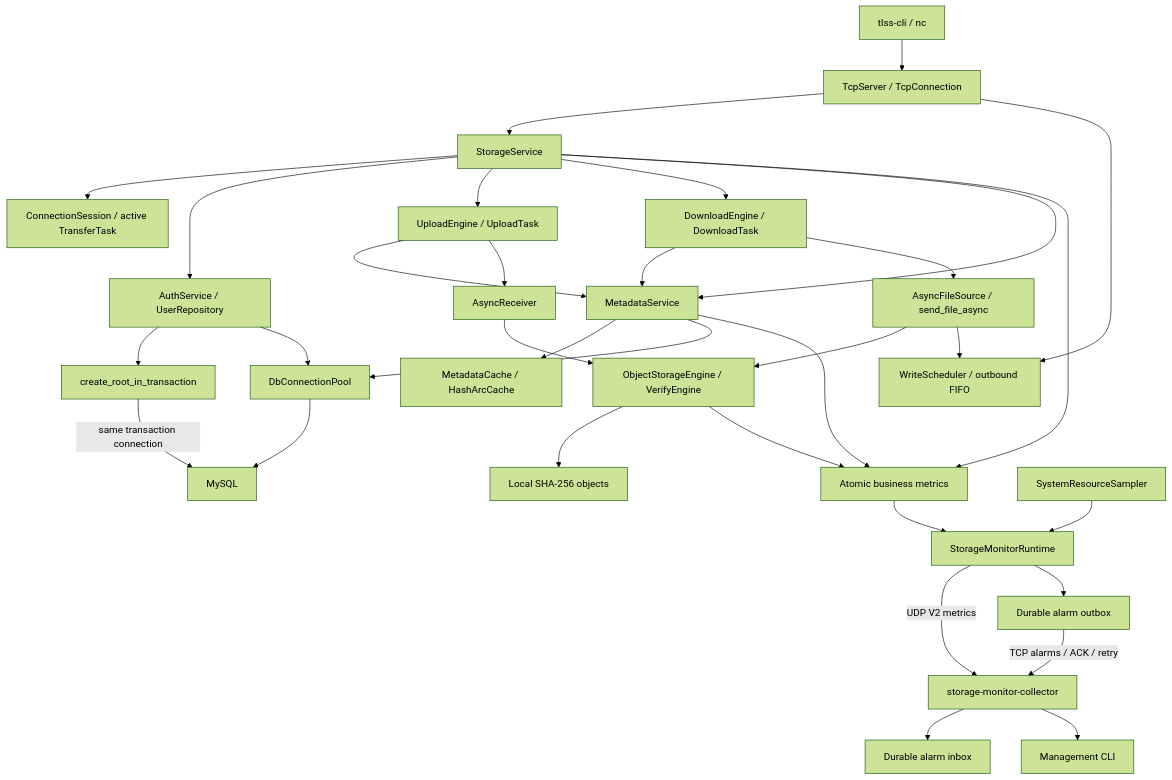
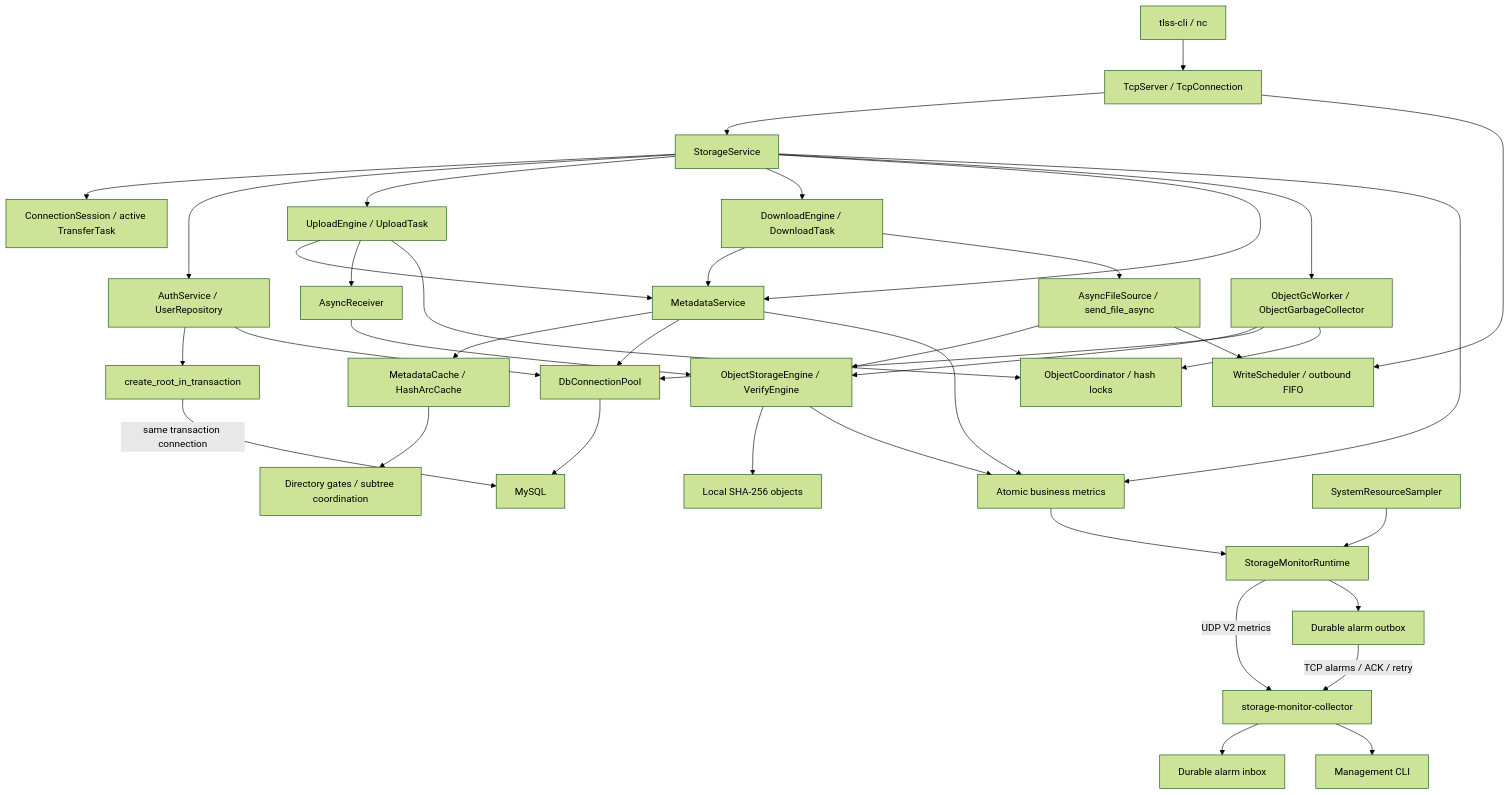
The diagram in README.cn.md (ClarkY0505/cpp_TLFSS), drawn with Mermaid (forest theme) before and after one commit. The commit also changed other lines of this file and 1 other file, not shown here.

````diff
--- a/README.cn.md
+++ b/README.cn.md
@@ -153,35 +182,41 @@
 ```mermaid
 flowchart TD
     Client[tlss-cli / nc] --> Network[TcpServer / TcpConnection]
     Network --> Service[StorageService]
     Service --> Session[ConnectionSession / active TransferTask]
     Service --> Auth[AuthService / UserRepository]
     Service --> Upload[UploadEngine / UploadTask]
     Service --> Download[DownloadEngine / DownloadTask]
     Service --> Metadata[MetadataService]
     Upload --> Metadata
     Download --> Metadata
     Auth --> Root[create_root_in_transaction]
     Upload --> Receiver[AsyncReceiver]
     Download --> Source[AsyncFileSource / send_file_async]
     Receiver --> Objects[ObjectStorageEngine / VerifyEngine]
     Source --> Objects
     Objects --> Filesystem[Local SHA-256 objects]
     Metadata --> Cache[MetadataCache / HashArcCache]
+    Cache --> Scopes[Directory gates / subtree coordination]
     Metadata --> Pool[DbConnectionPool]
+    Service --> GC[ObjectGcWorker / ObjectGarbageCollector]
+    GC --> Objects
+    GC --> Pool
+    Upload --> ObjectLock[ObjectCoordinator / hash locks]
+    GC --> ObjectLock
     Auth --> Pool
     Pool --> MySQL[MySQL]
     Root -->|same transaction connection| MySQL
     Network --> Writes[WriteScheduler / outbound FIFO]
     Source --> Writes
     Service --> Metrics[Atomic business metrics]
     Metadata --> Metrics
     Objects --> Metrics
     Metrics --> Runtime[StorageMonitorRuntime]
     Resources[SystemResourceSampler] --> Runtime
     Runtime -->|UDP V2 metrics| Collector[storage-monitor-collector]
     Runtime --> Outbox[Durable alarm outbox]
     Outbox -->|TCP alarms / ACK / retry| Collector
     Collector --> Inbox[Durable alarm inbox]
     Collector --> CLI[Management CLI]
 ```
````
